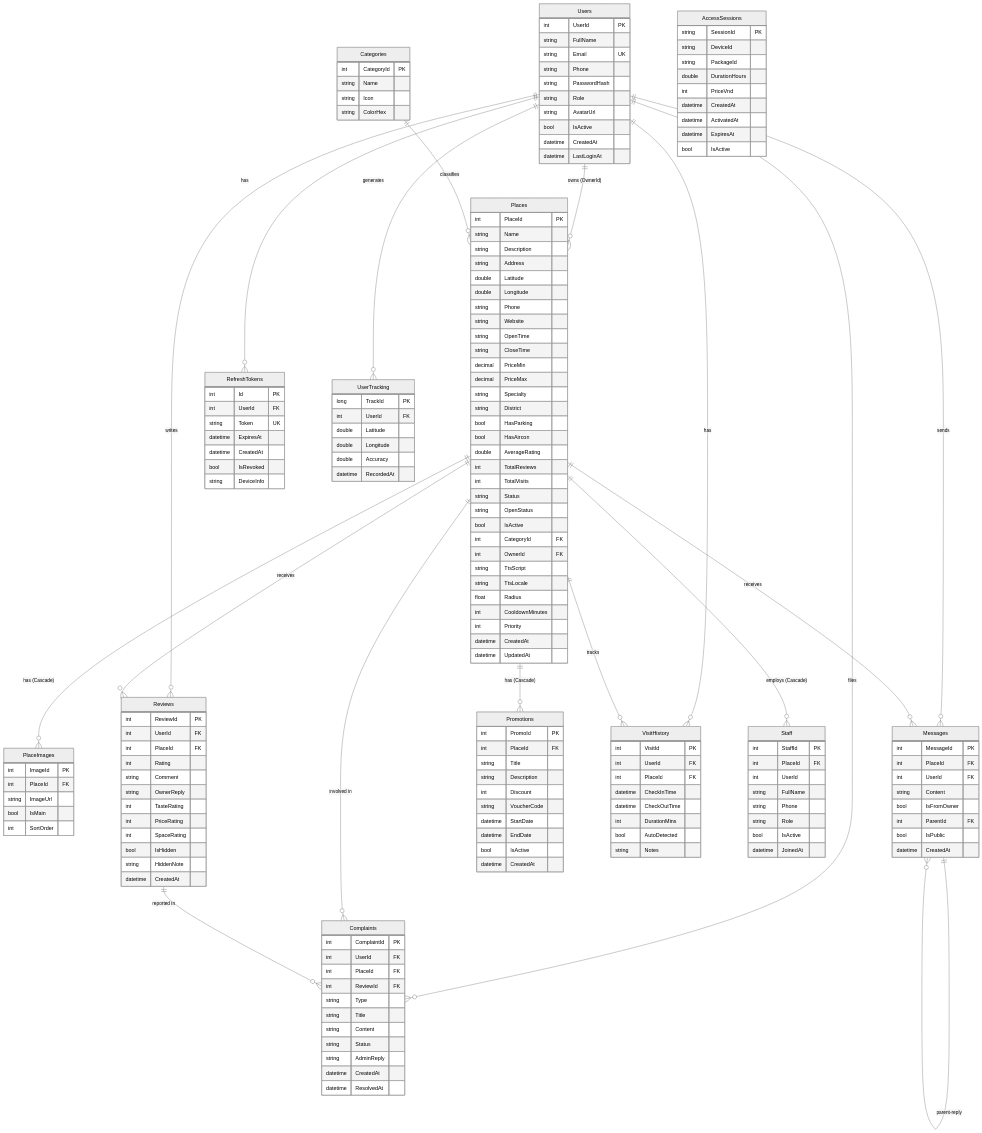
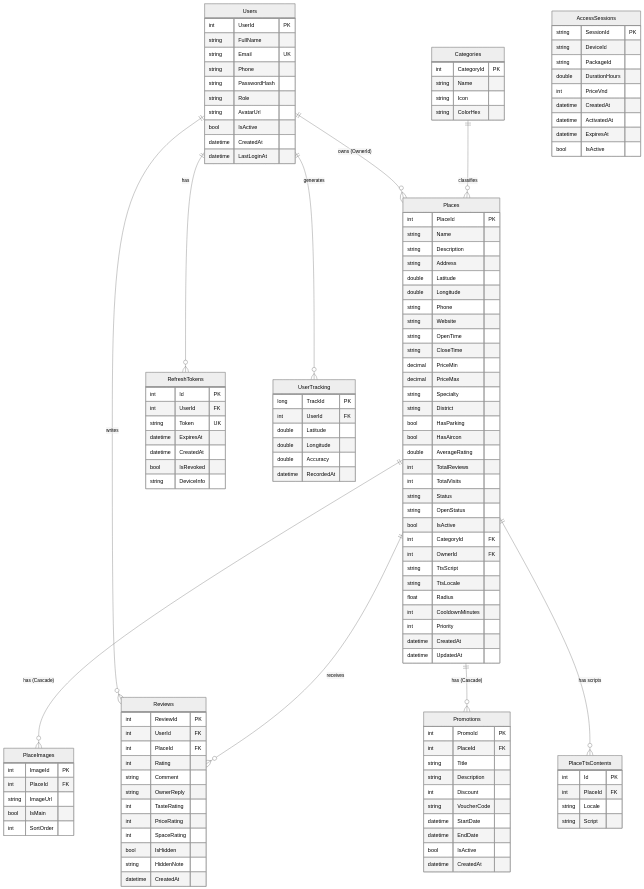
Before and after one commit to MTai55/TourguideProjectApp: the first of 24 diagrams in PRD.md, drawn with Mermaid (neutral theme).

````diff
--- a/PRD.md
+++ b/PRD.md
@@ -564,29 +564,11 @@
         string DeviceInfo
     }
 
-    Messages {
-        int MessageId PK
+    PlaceTtsContents {
+        int Id PK
         int PlaceId FK
-        int UserId FK
-        string Content
-        bool IsFromOwner
-        int ParentId FK
-        bool IsPublic
-        datetime CreatedAt
-    }
-
-    Complaints {
-        int ComplaintId PK
-        int UserId FK
-        int PlaceId FK
-        int ReviewId FK
-        string Type
-        string Title
-        string Content
-        string Status
-        string AdminReply
-        datetime CreatedAt
-        datetime ResolvedAt
+        string Locale
+        string Script
     }
 
     Promotions {
@@ -611,28 +593,6 @@
         datetime RecordedAt
     }
 
-    VisitHistory {
-        int VisitId PK
-        int UserId FK
-        int PlaceId FK
-        datetime CheckInTime
-        datetime CheckOutTime
-        int DurationMins
-        bool AutoDetected
-        string Notes
-    }
-
-    Staff {
-        int StaffId PK
-        int PlaceId FK
-        int UserId
-        string FullName
-        string Phone
-        string Role
-        bool IsActive
-        datetime JoinedAt
-    }
-
     AccessSessions {
         string SessionId PK
         string DeviceId
@@ -649,17 +609,9 @@
     Users ||--o{ Reviews : "writes"
     Users ||--o{ RefreshTokens : "has"
     Users ||--o{ UserTracking : "generates"
-    Users ||--o{ VisitHistory : "has"
-    Users ||--o{ Messages : "sends"
-    Users ||--o{ Complaints : "files"
     Categories ||--o{ Places : "classifies"
     Places ||--o{ PlaceImages : "has (Cascade)"
     Places ||--o{ Reviews : "receives"
-    Places ||--o{ VisitHistory : "tracks"
-    Places ||--o{ Messages : "receives"
     Places ||--o{ Promotions : "has (Cascade)"
-    Places ||--o{ Staff : "employs (Cascade)"
-    Places ||--o{ Complaints : "involved in"
-    Messages ||--o{ Messages : "parent-reply"
-    Reviews ||--o{ Complaints : "reported in"
+    Places ||--o{ PlaceTtsContents : "has scripts"
 ```
````
